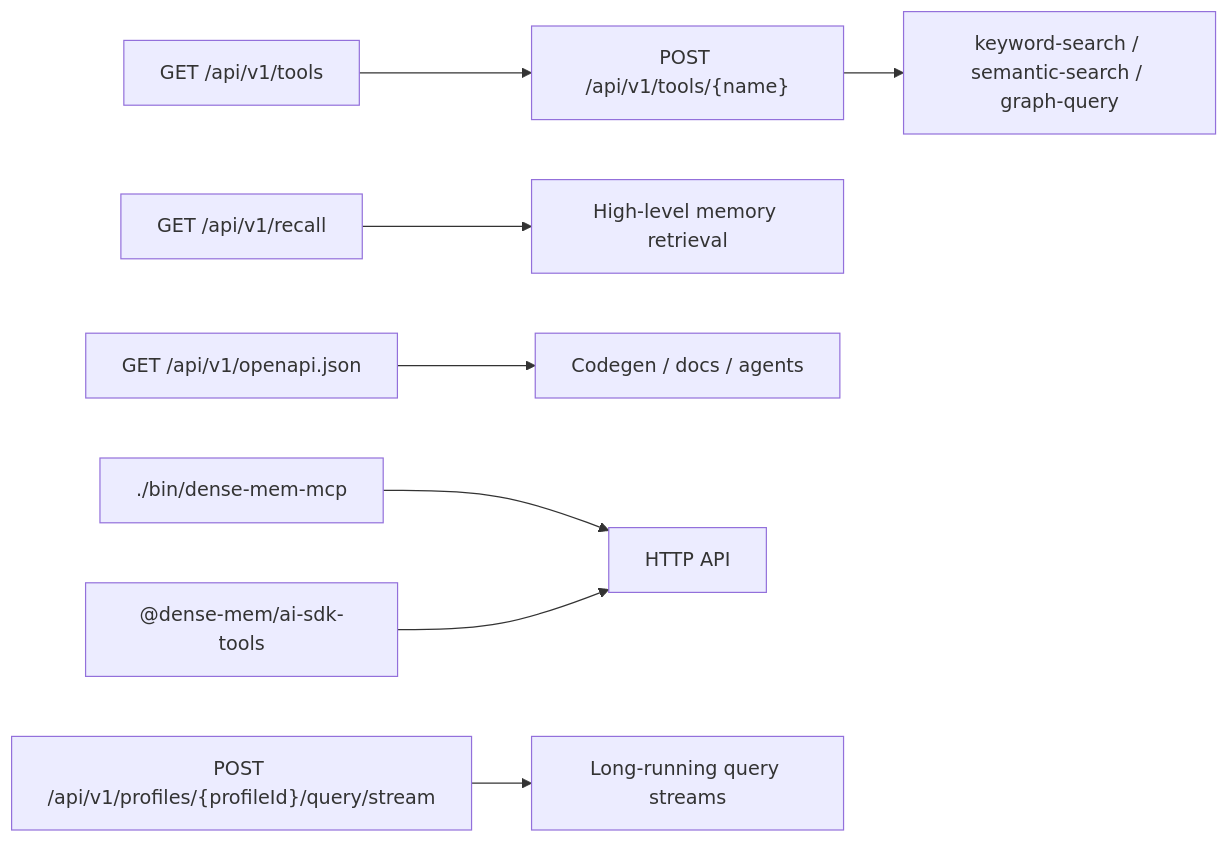
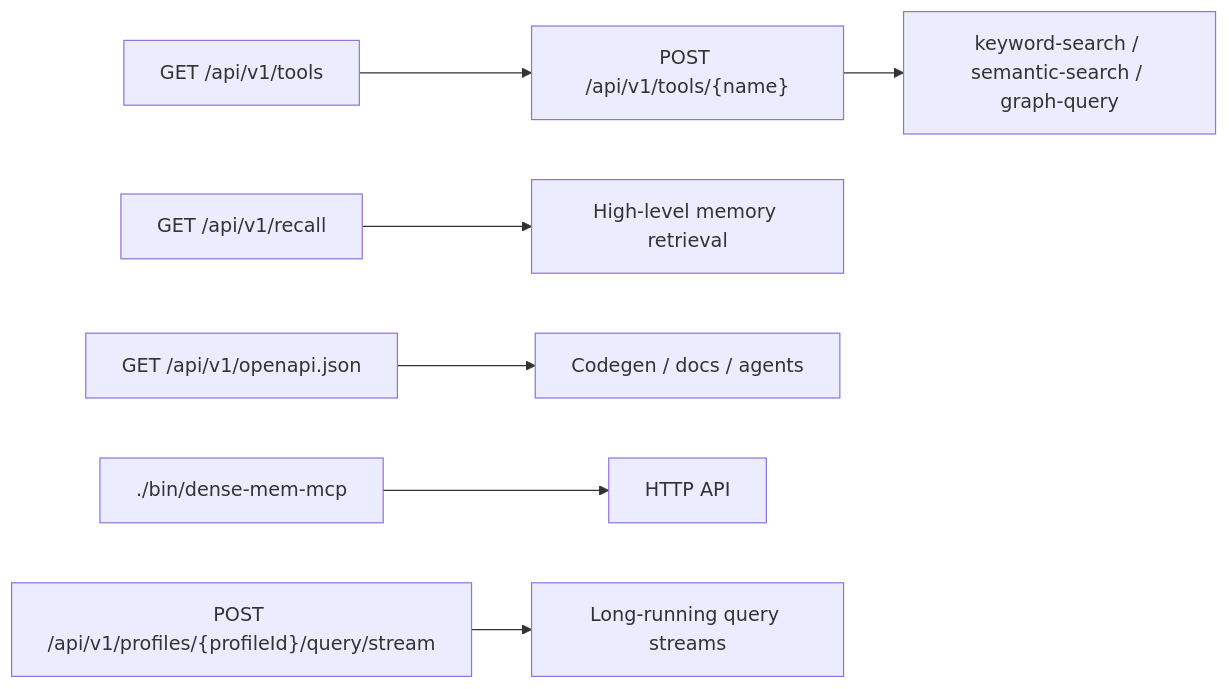
One commit to Z-M-Huang/dense-mem changed the fifth of 6 diagrams in README.md. Above: the diagram before and after it, drawn with Mermaid. The commit also changed other lines of this file and 7 other files, not shown here.

Commit message:
Remove AI SDK tools package

````diff
--- a/README.md
+++ b/README.md
@@ -149,10 +147,9 @@
 ```mermaid
 flowchart LR
     Catalog["GET /api/v1/tools"] --> Execute["POST /api/v1/tools/{name}"]
     Execute --> Search["keyword-search / semantic-search / graph-query"]
     Recall["GET /api/v1/recall"] --> App["High-level memory retrieval"]
     OpenAPI["GET /api/v1/openapi.json"] --> SDK["Codegen / docs / agents"]
     MCP["./bin/dense-mem-mcp"] --> HTTP["HTTP API"]
-    NPM["@dense-mem/ai-sdk-tools"] --> HTTP
     SSE["POST /api/v1/profiles/{profileId}/query/stream"] --> Stream["Long-running query streams"]
 ```
````
